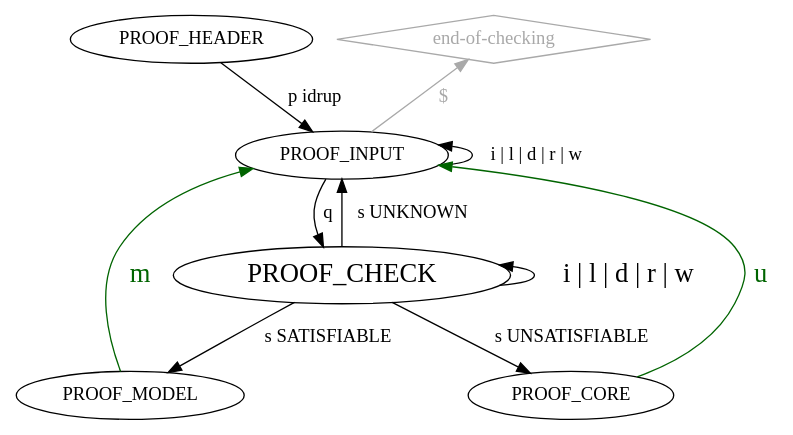
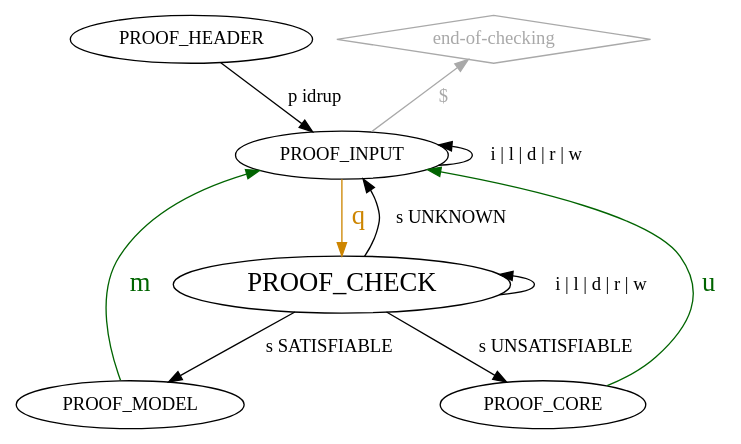
One commit to arminbiere/idrup-check changed the diagram in idrup-check-really-pedantic-single.dot. Above: the diagram before and after it, drawn with Graphviz. The commit also changed 1 other file, not shown here.

```diff
--- a/idrup-check-really-pedantic-single.dot
+++ b/idrup-check-really-pedantic-single.dot
@@ -1,19 +1,19 @@
 digraph "idrup-check" {
 
   PROOF_HEADER -> PROOF_INPUT [label=" p idrup"]
 
   "end-of-checking" [shape=diamond,color=darkgray,fontcolor=darkgray];
    "end-of-checking" -> PROOF_INPUT [label="  $    ",dir=back,fontcolor=darkgray,color=darkgray];
 
-  PROOF_INPUT -> PROOF_CHECK [label=" q "];
   PROOF_INPUT -> PROOF_INPUT [label=" i | l | d | r | w",dir=back];
+  PROOF_INPUT -> PROOF_CHECK [label=" q ",weight=2,color=orange3,fontsize=20,fontcolor=orange3];
+  PROOF_INPUT -> PROOF_CHECK [label=" s UNKNOWN ",dir=back];
 
   PROOF_CHECK [fontsize=20];
-  PROOF_CHECK -> PROOF_CHECK [label=" i | l | d | r | w ",dir=back,fontsize=20];
+  PROOF_CHECK -> PROOF_CHECK [label=" i | l | d | r | w ",dir=back];
   PROOF_CHECK -> PROOF_MODEL [label=" s SATISFIABLE "];
   PROOF_CHECK -> PROOF_CORE [label=" s UNSATISFIABLE "];
-  PROOF_CHECK -> PROOF_INPUT [label=" s UNKNOWN "];
 
   PROOF_MODEL -> PROOF_INPUT [label=" m ",color=darkgreen,fontsize=20,fontcolor=darkgreen];
   PROOF_CORE -> PROOF_INPUT [label=" u ",color=darkgreen,fontsize=20,fontcolor=darkgreen];
 }
```
